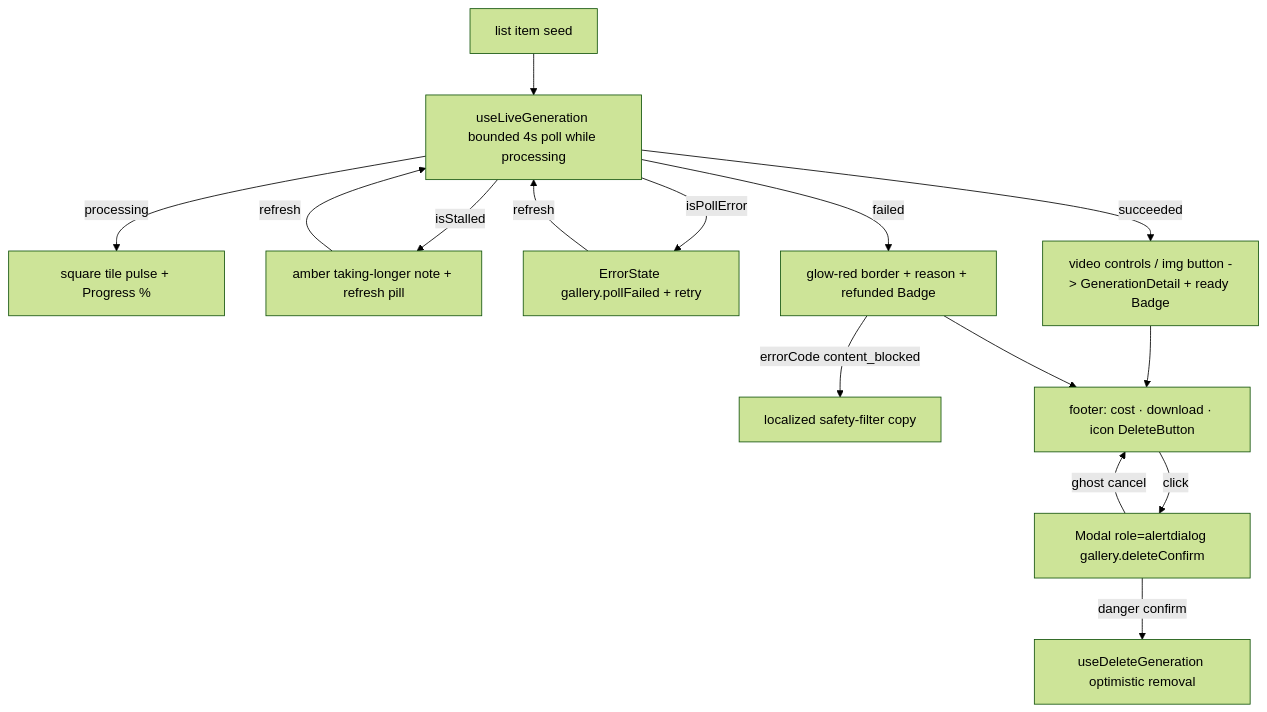
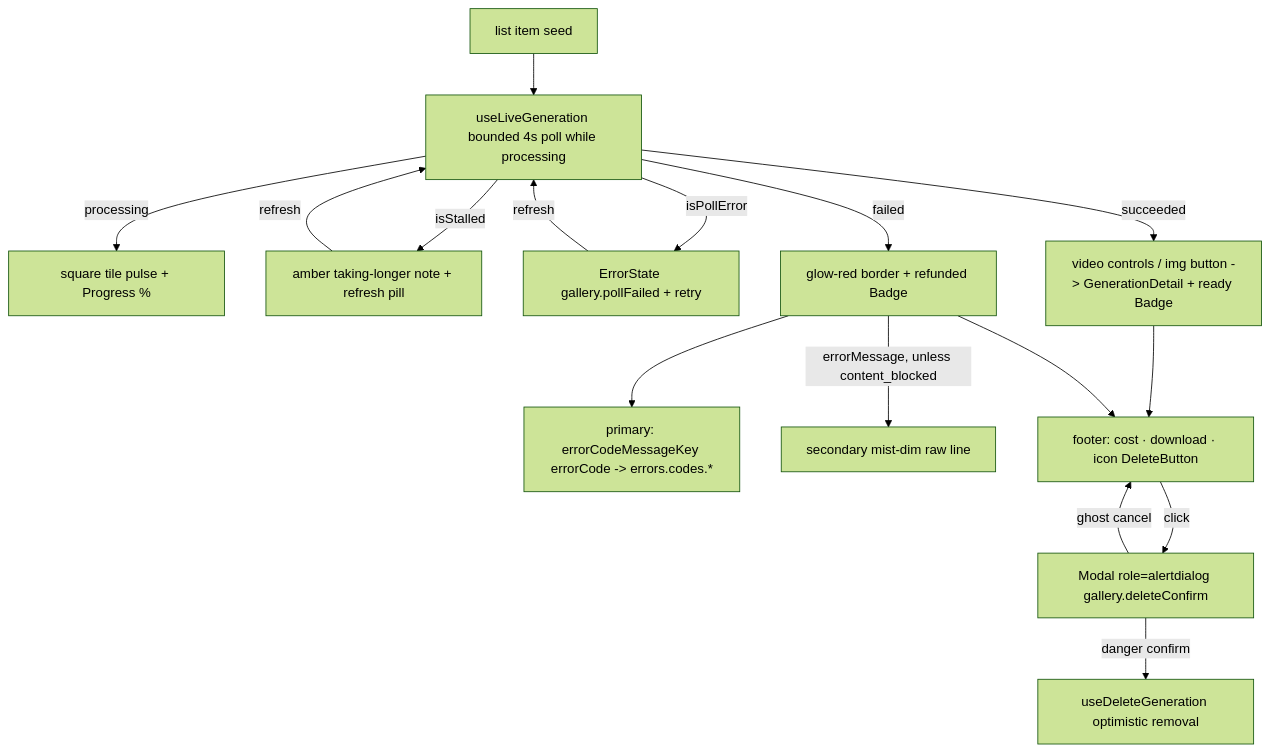
One commit to AzamatRaimbekov2/openCreate changed the diagram in apps/web/src/modules/Gallery/components/GenerationCard.tsx.md. Above: the diagram before and after it, drawn with Mermaid (forest theme). The commit also changed other lines of this file and 11 other files, not shown here.

Commit message:
fix(web): localized generation errors

````diff
--- a/apps/web/src/modules/Gallery/components/GenerationCard.tsx.md
+++ b/apps/web/src/modules/Gallery/components/GenerationCard.tsx.md
@@ -53,15 +54,16 @@
 ```mermaid
 flowchart TD
   SEED[list item seed] --> UL[useLiveGeneration bounded 4s poll while processing]
   UL -->|processing| P[square tile pulse + Progress %]
   UL -->|isStalled| ST[amber taking-longer note + refresh pill]
   UL -->|isPollError| PE[ErrorState gallery.pollFailed + retry]
   ST & PE -->|refresh| UL
   UL -->|succeeded| S[video controls / img button -> GenerationDetail + ready Badge]
-  UL -->|failed| F[glow-red border + reason + refunded Badge]
-  F -->|errorCode content_blocked| CB[localized safety-filter copy]
+  UL -->|failed| F[glow-red border + refunded Badge]
+  F --> PR[primary: errorCodeMessageKey errorCode -> errors.codes.*]
+  F -->|errorMessage, unless content_blocked| RAW[secondary mist-dim raw line]
   S & F --> A[footer: cost · download · icon DeleteButton]
   A -->|click| CD[Modal role=alertdialog gallery.deleteConfirm]
   CD -->|ghost cancel| A
   CD -->|danger confirm| DM[useDeleteGeneration optimistic removal]
 ```
````
